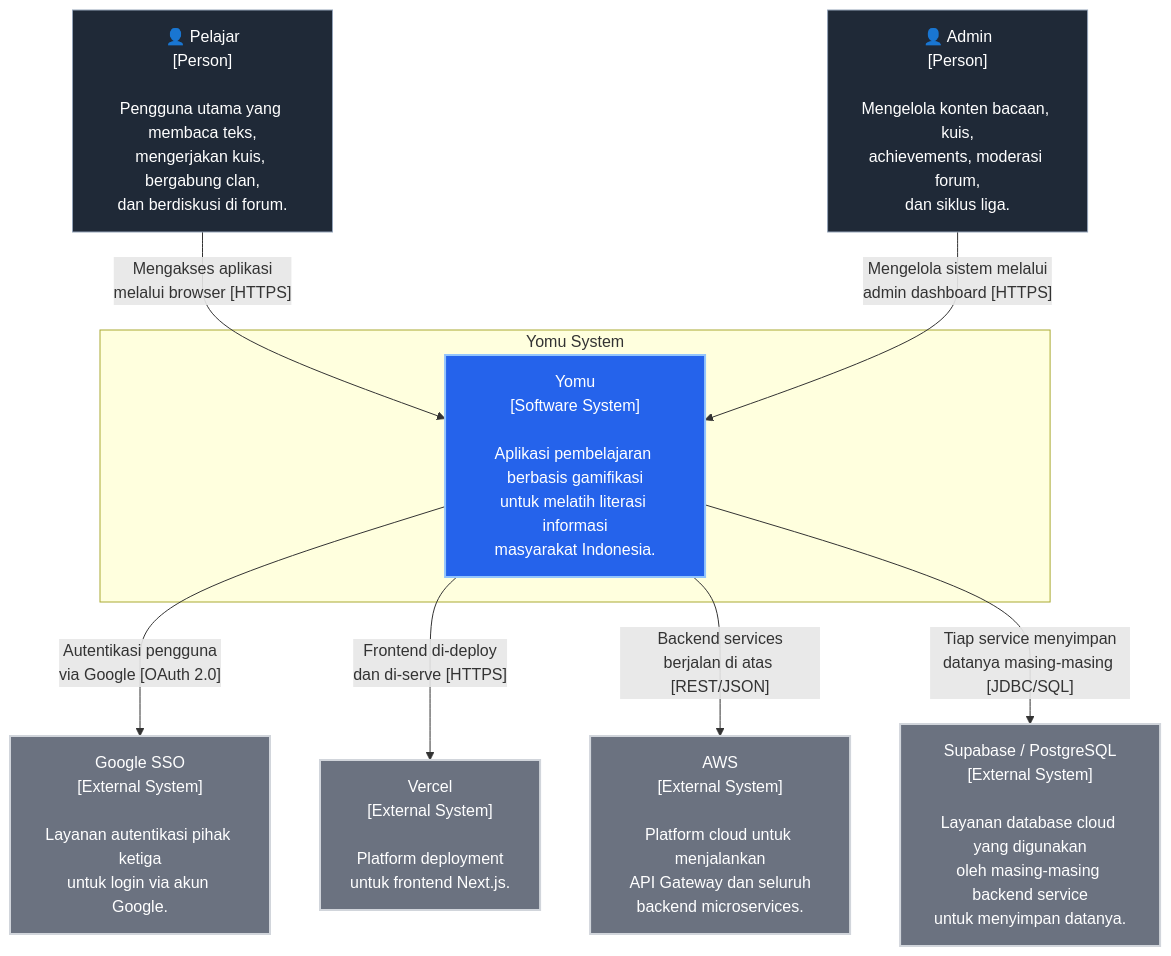
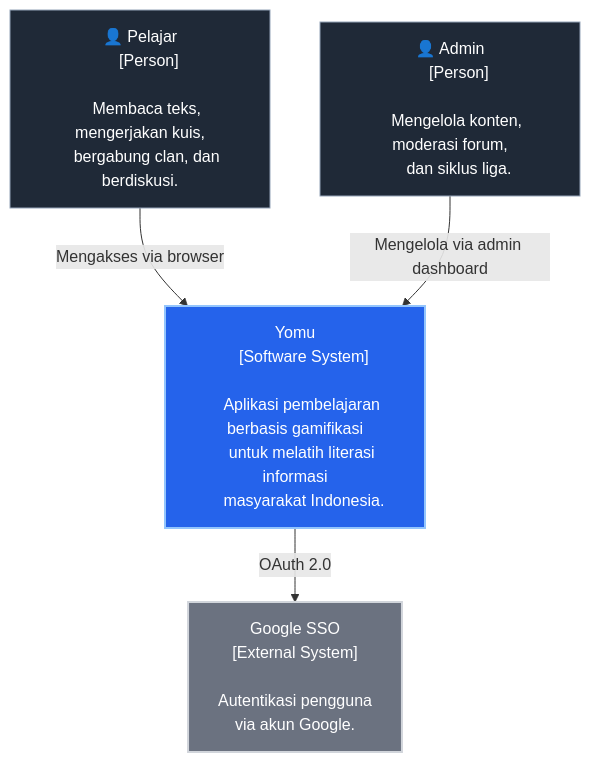
Before and after one commit to advprog-2026-B14-project/.github: the first of 2 diagrams in profile/README.md, drawn with Mermaid. The commit also changed other lines of this file, not shown here.

Commit message:
fix context diagram

````diff
--- a/profile/README.md
+++ b/profile/README.md
@@ -7,30 +7,39 @@
 ```mermaid
 flowchart TB
-    Learner["👤 Pelajar\n[Person]\n\nPengguna utama yang membaca teks,\nmengerjakan kuis, bergabung clan,\ndan berdiskusi di forum."]
-    Admin["👤 Admin\n[Person]\n\nMengelola konten bacaan, kuis,\nachievements, moderasi forum,\ndan siklus liga."]
+    Learner["👤 Pelajar
+    [Person]
 
-    subgraph YomuSystem["Yomu System"]
-        Yomu["Yomu\n[Software System]\n\nAplikasi pembelajaran berbasis gamifikasi\nuntuk melatih literasi informasi\nmasyarakat Indonesia."]
-    end
+    Membaca teks, mengerjakan kuis,
+    bergabung clan, dan berdiskusi."]
 
-    GoogleSSO["Google SSO\n[External System]\n\nLayanan autentikasi pihak ketiga\nuntuk login via akun Google."]
-    Vercel["Vercel\n[External System]\n\nPlatform deployment\nuntuk frontend Next.js."]
-    AWS["AWS\n[External System]\n\nPlatform cloud untuk menjalankan\nAPI Gateway dan seluruh\nbackend microservices."]
-    Supabase["Supabase / PostgreSQL\n[External System]\n\nLayanan database cloud yang digunakan\noleh masing-masing backend service\nuntuk menyimpan datanya."]
+    Admin["👤 Admin
+    [Person]
 
-    Learner -->|"Mengakses aplikasi\nmelalui browser [HTTPS]"| Yomu
-    Admin -->|"Mengelola sistem melalui\nadmin dashboard [HTTPS]"| Yomu
+    Mengelola konten, moderasi forum,
+    dan siklus liga."]
 
-    Yomu -->|"Autentikasi pengguna\nvia Google [OAuth 2.0]"| GoogleSSO
-    Yomu -->|"Frontend di-deploy\ndan di-serve [HTTPS]"| Vercel
-    Yomu -->|"Backend services\nberjalan di atas [REST/JSON]"| AWS
-    Yomu -->|"Tiap service menyimpan\ndatanya masing-masing [JDBC/SQL]"| Supabase
+    Yomu["Yomu
+    [Software System]
+
+    Aplikasi pembelajaran berbasis gamifikasi
+    untuk melatih literasi informasi
+    masyarakat Indonesia."]
+
+    GoogleSSO["Google SSO
+    [External System]
+
+    Autentikasi pengguna
+    via akun Google."]
+
+    Learner -->|"Mengakses via browser"| Yomu
+    Admin -->|"Mengelola via admin dashboard"| Yomu
+    Yomu -->|"OAuth 2.0"| GoogleSSO
 
     classDef actor fill:#1f2937,stroke:#94a3b8,color:#ffffff,stroke-width:1px
     classDef system fill:#2563eb,stroke:#93c5fd,color:#ffffff,stroke-width:2px
     classDef external fill:#6b7280,stroke:#d1d5db,color:#ffffff,stroke-width:2px
 
     class Learner,Admin actor
     class Yomu system
-    class GoogleSSO,Vercel,AWS,Supabase external
+    class GoogleSSO external
 ```
````
